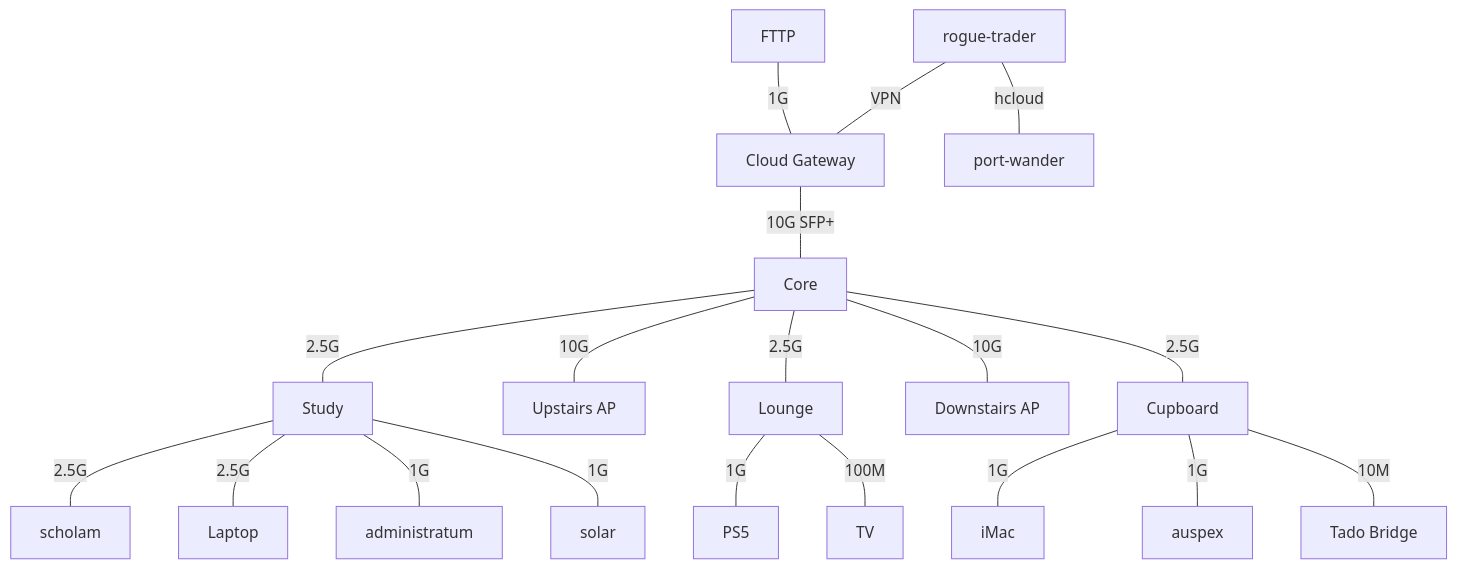
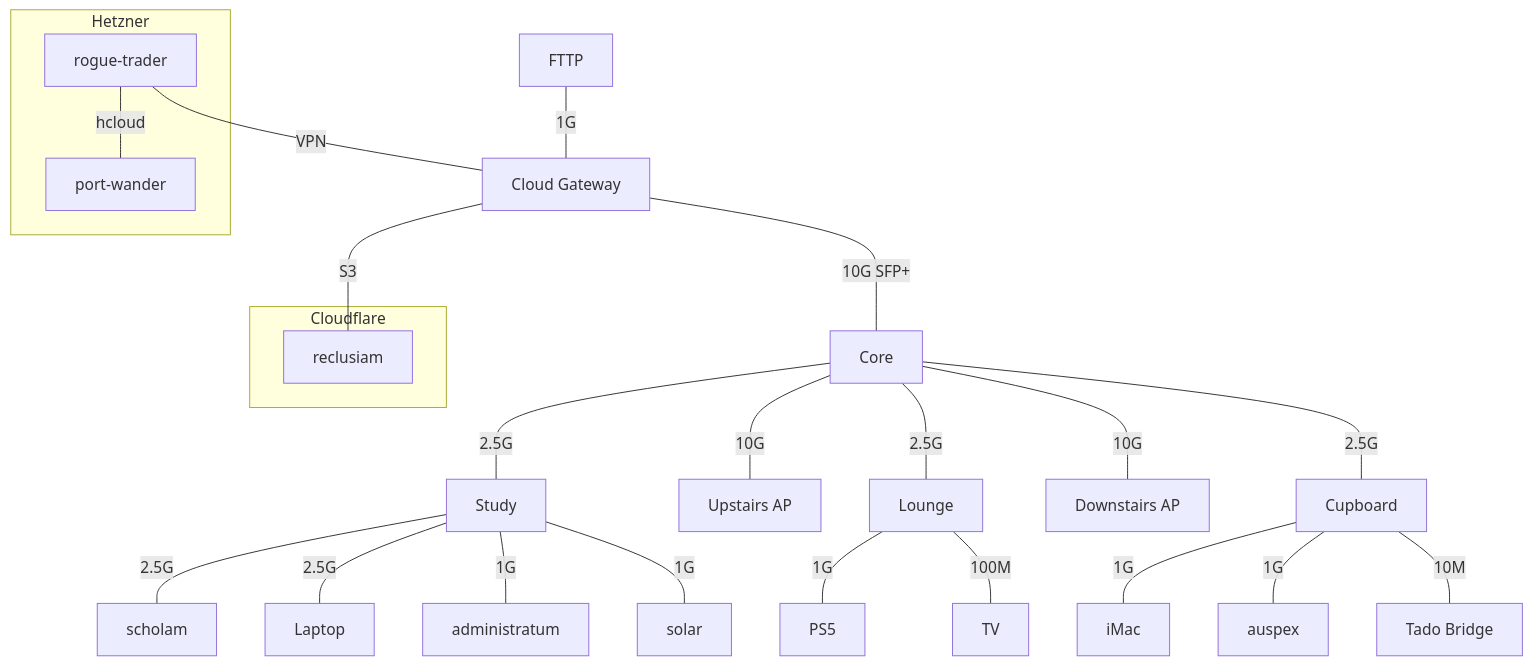
One commit to jedimasterjonny/lex-imperialis changed the diagram in README.md. Above: the diagram before and after it, drawn with Mermaid. The commit also changed other lines of this file, not shown here.

Commit message:
docs: add reclusiam to the README fleet list and diagram
The bucket is the fleet's second off-site backup target and neither the
list nor the diagram showed it, while port-wander has been in both since
it landed.

Grouping the Hetzner nodes and the Cloudflare one makes the two off-site
copies read as separate providers rather than as two more boxes, which
is the property that makes a second copy worth having. reclusiam hangs
off the gateway rather than the NAS that writes it: the diagram is the
network, and what it shows is the path out.

No size on the list entry, unlike its neighbours — an R2 bucket has no
fixed capacity to state.

Claude-Session: https://claude.ai/code/session_01HTmEhYhLGi6KdMDwLdBtLy

````diff
--- a/README.md
+++ b/README.md
@@ -51,25 +52,36 @@
 ```mermaid
 flowchart TD
   fttp[FTTP] ---|1G| gw[Cloud Gateway]
   gw ---|10G SFP+| core[Core]
-  rogue[rogue-trader] ---|VPN| gw
-  rogue ---|hcloud| pw[port-wander]
+
+  subgraph Hetzner
+    rogue[rogue-trader]
+    pw[port-wander]
+  end
+
+  subgraph Cloudflare
+    reclusiam[reclusiam]
+  end
+
+  rogue ---|VPN| gw
+  rogue ---|hcloud| pw
+  gw ---|S3| reclusiam
 
   core ---|2.5G| study[Study]
   core ---|10G| apu[Upstairs AP]
   core ---|2.5G| lounge[Lounge]
   core ---|10G| apd[Downstairs AP]
   core ---|2.5G| cupboard[Cupboard]
 
   study ---|2.5G| scholam[scholam]
   study ---|2.5G| laptop[Laptop]
   study ---|1G| nas[administratum]
   study ---|1G| solar[solar]
 
   lounge ---|1G| ps5[PS5]
   lounge ---|100M| tv[TV]
 
   cupboard ---|1G| imac[iMac]
   cupboard ---|1G| auspex[auspex]
   cupboard ---|10M| tado[Tado Bridge]
 ```
````
